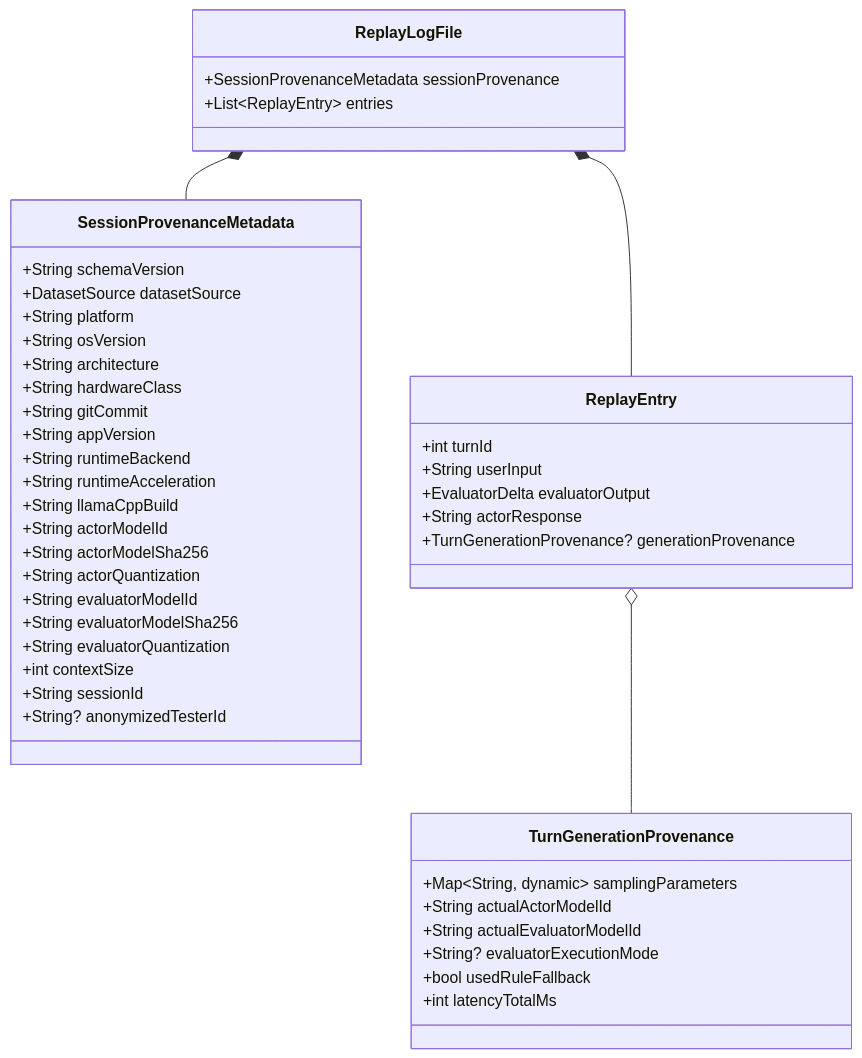
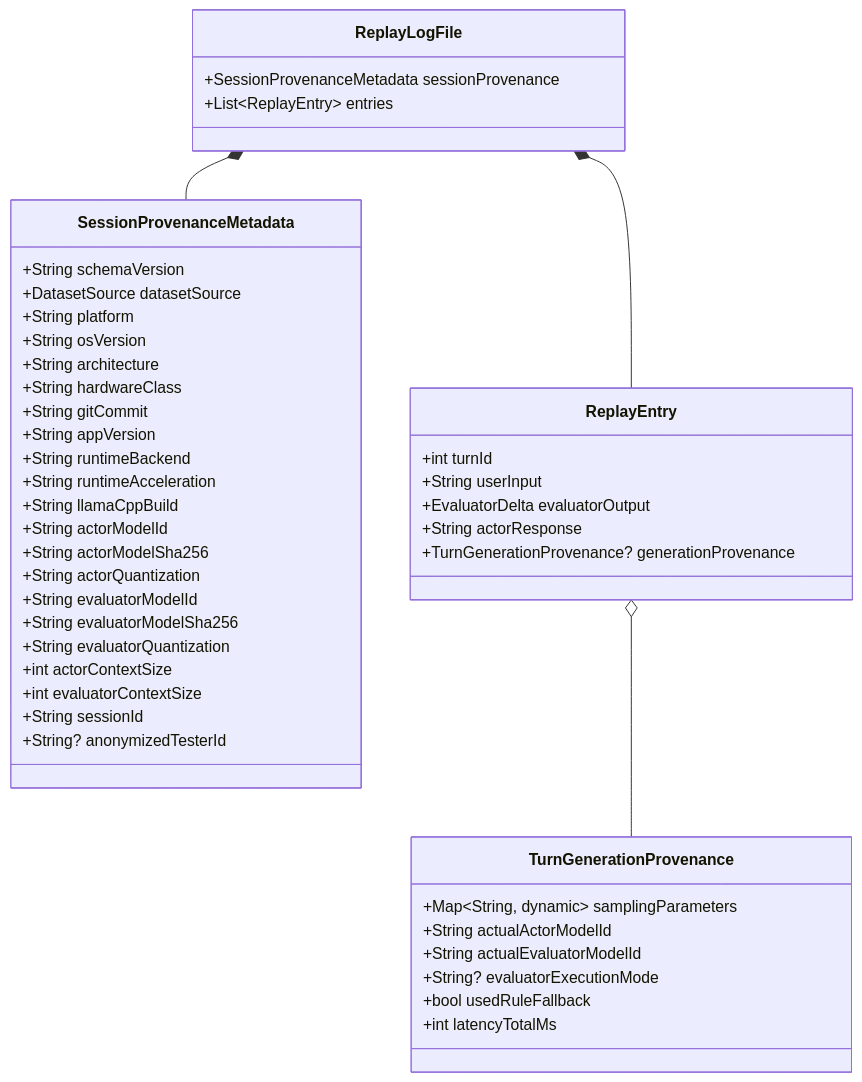
Before and after one commit to naturewhisp/aura: the diagram in docs/phase6/DATASET_PROVENANCE_AND_REPLAY_SCHEMA_SPEC.md, drawn with Mermaid. The commit also changed other lines of this file and 2 other files, not shown here.

First line of the commit message:
docs(phase6): allinea schemaVersion 1.1.0, nomi classi e actor/evaluatorContextSize

````diff
--- a/docs/phase6/DATASET_PROVENANCE_AND_REPLAY_SCHEMA_SPEC.md
+++ b/docs/phase6/DATASET_PROVENANCE_AND_REPLAY_SCHEMA_SPEC.md
@@ -34,47 +34,48 @@
 ```mermaid
 classDiagram
     class ReplayLogFile {
         +SessionProvenanceMetadata sessionProvenance
         +List~ReplayEntry~ entries
     }
     class SessionProvenanceMetadata {
         +String schemaVersion
         +DatasetSource datasetSource
         +String platform
         +String osVersion
         +String architecture
         +String hardwareClass
         +String gitCommit
         +String appVersion
         +String runtimeBackend
         +String runtimeAcceleration
         +String llamaCppBuild
         +String actorModelId
         +String actorModelSha256
         +String actorQuantization
         +String evaluatorModelId
         +String evaluatorModelSha256
         +String evaluatorQuantization
-        +int contextSize
+        +int actorContextSize
+        +int evaluatorContextSize
         +String sessionId
         +String? anonymizedTesterId
     }
     class ReplayEntry {
         +int turnId
         +String userInput
         +EvaluatorDelta evaluatorOutput
         +String actorResponse
         +TurnGenerationProvenance? generationProvenance
     }
     class TurnGenerationProvenance {
         +Map~String, dynamic~ samplingParameters
         +String actualActorModelId
         +String actualEvaluatorModelId
         +String? evaluatorExecutionMode
         +bool usedRuleFallback
         +int latencyTotalMs
     }
     ReplayLogFile *-- SessionProvenanceMetadata
     ReplayLogFile *-- ReplayEntry
     ReplayEntry o-- TurnGenerationProvenance
 ```
````
